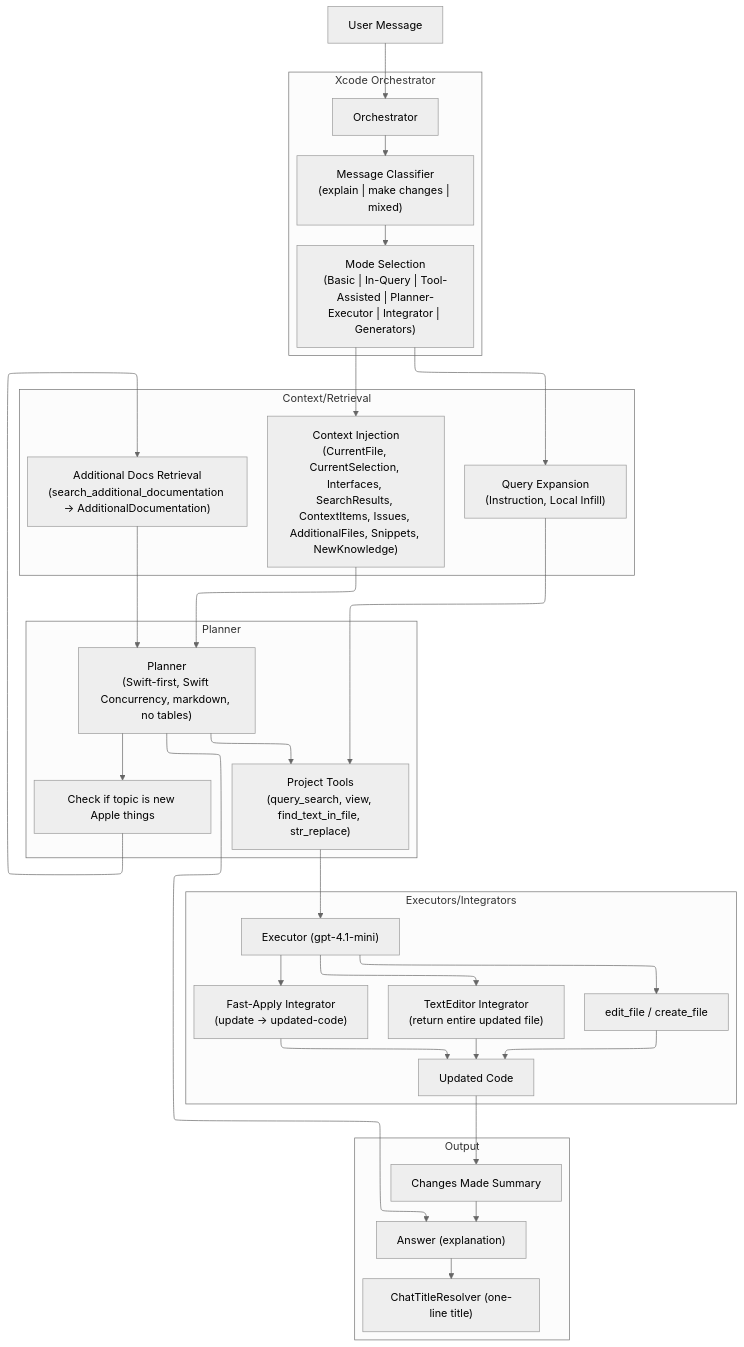
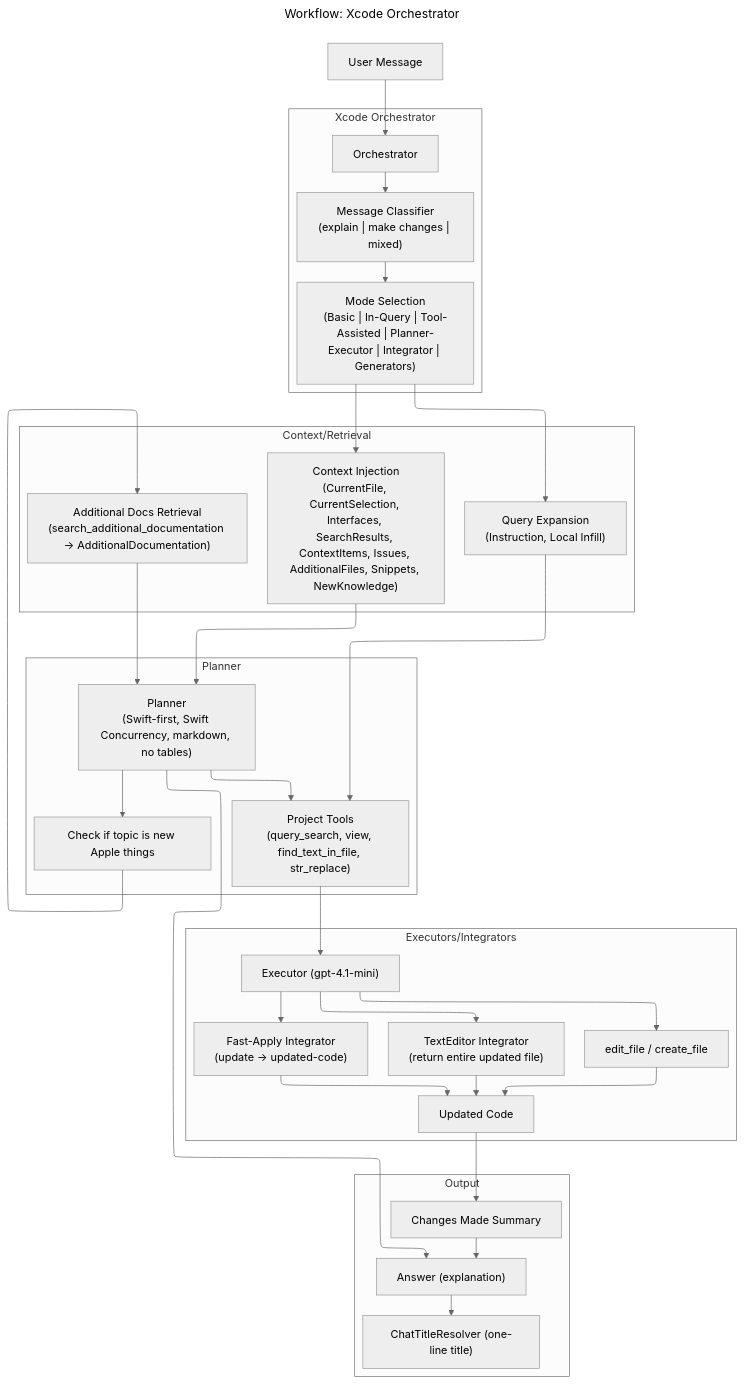
Before and after one commit to WeZZard/MyWorks: the first of 3 diagrams in 2025-08-31-the-cupertino-ghost-in-the-machine/index_raw.md, drawn with Mermaid (neutral theme). The commit also changed other lines of this file and 3 other files, not shown here.

Commit message:
Refines the texts and adds the accessibility descriptions to the diagrams.

````diff
--- a/2025-08-31-the-cupertino-ghost-in-the-machine/index_raw.md
+++ b/2025-08-31-the-cupertino-ghost-in-the-machine/index_raw.md
@@ -187,61 +187,64 @@
 ```mermaid
 ---
+title: "Workflow: Xcode Orchestrator"
+accTitle: "Workflow: Xcode Orchestrator"
+accDescr: "A flowchart detailing a system's workflow for processing a user message. The process begins with a 'User Message' that is fed into an 'Xcode Orchestrator.' Inside the orchestrator, a 'Message Classifier' categorizes the message as 'explain,' 'make changes,' or 'mixed.' Based on this classification, a 'Mode Selection' is made from a list of modes including 'Basic,' 'In-Query,' 'Tool-Assisted,' and others. The selected mode then informs the 'Context/Retrieval' stage, which performs 'Context Injection' and 'Query Expansion.' The injected context is passed to a 'Planner,' which is described as 'Swift-first, Swift Concurrency, markdown, no tables.' The planner can use 'Project Tools' such as 'query_search,' 'view,' 'find_text_in_file,' and 'str_replace.' The planner also checks if the topic is about 'new Apple things'; if so, it retrieves additional documentation and feeds it back to itself. The planner has two main output paths. It can either directly generate an 'Answer (explanation)' or use the 'Project Tools,' which then pass control to an 'Executor (gpt-4.1-mini).' The executor works with various 'Executors/Integrators' such as 'edit_file / create_file,' a 'TextEditor Integrator,' and a 'Fast-Apply Integrator' to produce 'Updated Code.' This 'Updated Code' is then summarized as a 'Changes Made Summary,' which in turn feeds into the final 'Answer (explanation).' Finally, the entire output, including the answer and code changes, is processed by a 'ChatTitleResolver' to generate a one-line title."
 config:
   layout: elk
 ---
 graph TD
   A["User Message"] --> B["Orchestrator"]
 
   subgraph "Xcode Orchestrator"
     B --> C["Message Classifier<br/>(explain | make changes | mixed)"]
     C --> D["Mode Selection<br/>(Basic | In-Query | Tool-Assisted | Planner-Executor | Integrator | Generators)"]
   end
 
   subgraph "Context/Retrieval"
     E["Context Injection<br/>(CurrentFile, CurrentSelection, Interfaces, SearchResults, ContextItems, Issues, AdditionalFiles, Snippets, NewKnowledge)"]
     F["Query Expansion<br/>(Instruction, Local Infill)"]
     G["Additional Docs Retrieval<br/>(search_additional_documentation -> AdditionalDocumentation)"]
   end
 
   D --> E
   D --> F
 
   subgraph "Planner"
     H["Planner<br/>(Swift-first, Swift Concurrency, markdown, no tables)"]
     I["Project Tools<br/>(query_search, view, find_text_in_file, str_replace)"]
     J["Check if topic is new Apple things"]
   end
 
   E --> H
   F --> I
   H --> J
   J --> G
   G --> H
 
   H --> Q["Answer (explanation)"]
   H --> I
 
   subgraph "Executors/Integrators"
     K["Executor (gpt-4.1-mini)"]
     L["edit_file / create_file"]
     M["TextEditor Integrator<br/>(return entire updated file)"]
     N["Fast-Apply Integrator<br/>(update -> updated-code)"]
     O["Updated Code"]
   end
 
   I --> K
   K --> L
   K --> M
   K --> N
   L --> O
   M --> O
   N --> O
 
   subgraph "Output"
     P["Changes Made Summary"]
     Q
     R["ChatTitleResolver (one-line title)"]
   end
 
   O --> P --> Q --> R
 ```
````
